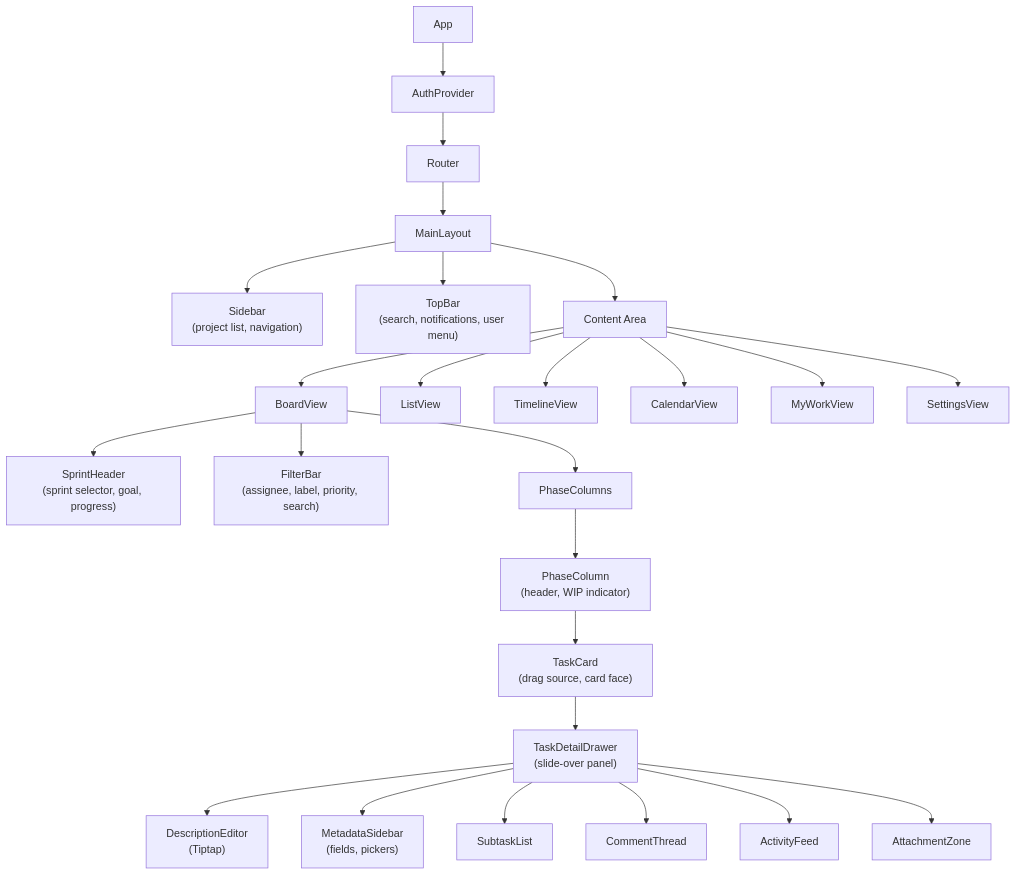
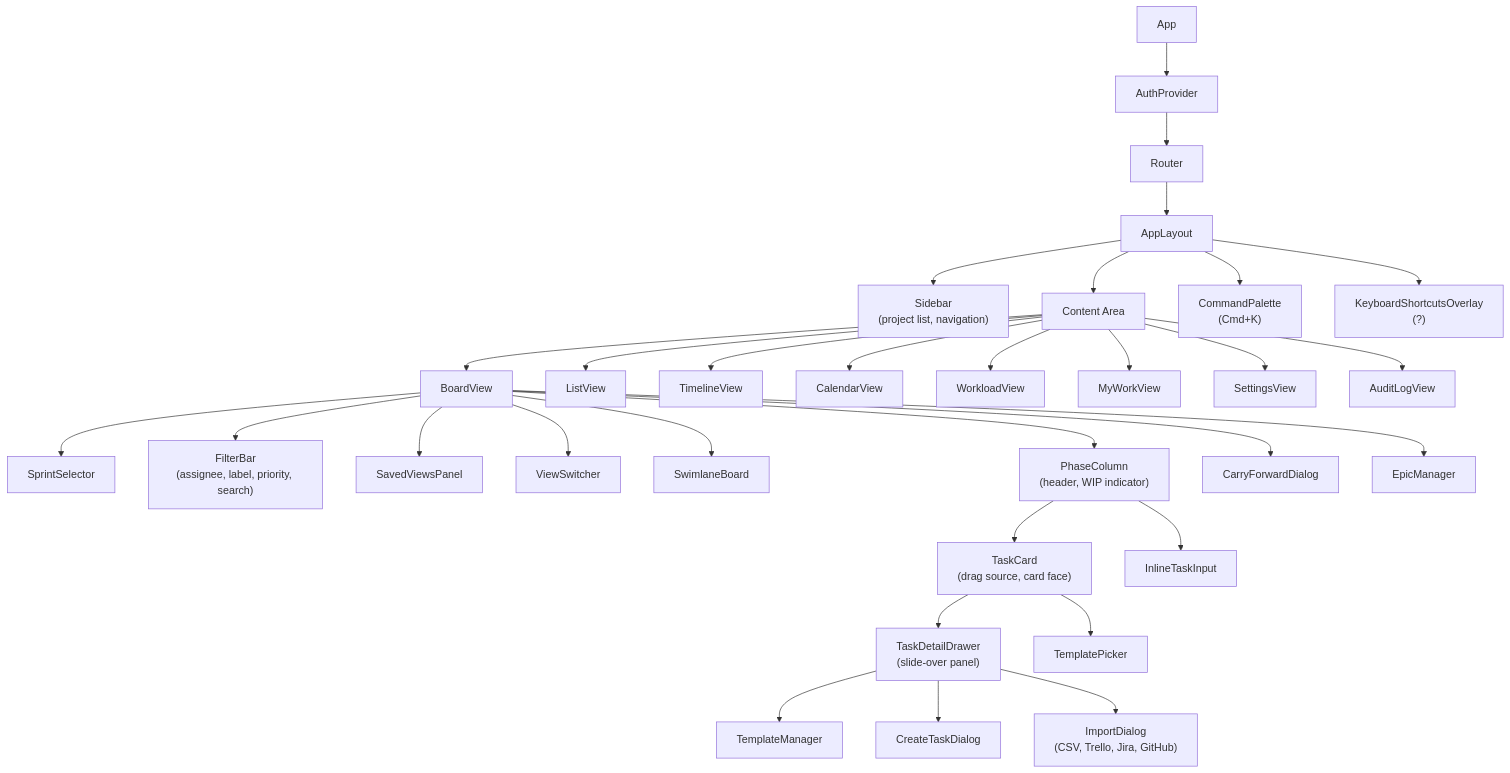
Before and after one commit to leith-bartrich/BigBlueBam: the seventh of 9 diagrams in docs/architecture.md, drawn with Mermaid. The commit also changed other lines of this file and 23 other files, not shown here.

````diff
--- a/docs/architecture.md
+++ b/docs/architecture.md
@@ -359,32 +359,39 @@
 ```mermaid
 graph TD
     App["App"]
     App --> AuthProvider["AuthProvider"]
     AuthProvider --> Router["Router"]
-    Router --> MainLayout["MainLayout"]
+    Router --> MainLayout["AppLayout"]
 
     MainLayout --> Sidebar["Sidebar<br/>(project list, navigation)"]
-    MainLayout --> TopBar["TopBar<br/>(search, notifications, user menu)"]
     MainLayout --> ContentArea["Content Area"]
+    MainLayout --> CommandPalette["CommandPalette<br/>(Cmd+K)"]
+    MainLayout --> KbdOverlay["KeyboardShortcutsOverlay<br/>(?)"]
 
     ContentArea --> BoardView["BoardView"]
     ContentArea --> ListView["ListView"]
     ContentArea --> TimelineView["TimelineView"]
     ContentArea --> CalendarView["CalendarView"]
+    ContentArea --> WorkloadView["WorkloadView"]
     ContentArea --> MyWorkView["MyWorkView"]
     ContentArea --> SettingsView["SettingsView"]
+    ContentArea --> AuditLogView["AuditLogView"]
 
-    BoardView --> SprintHeader["SprintHeader<br/>(sprint selector, goal, progress)"]
+    BoardView --> SprintSelector["SprintSelector"]
     BoardView --> FilterBar["FilterBar<br/>(assignee, label, priority, search)"]
-    BoardView --> PhaseColumns["PhaseColumns"]
-    PhaseColumns --> PhaseColumn["PhaseColumn<br/>(header, WIP indicator)"]
+    BoardView --> SavedViewsPanel["SavedViewsPanel"]
+    BoardView --> ViewSwitcher["ViewSwitcher"]
+    BoardView --> SwimlaneBoard["SwimlaneBoard"]
+    BoardView --> PhaseColumn["PhaseColumn<br/>(header, WIP indicator)"]
     PhaseColumn --> TaskCard["TaskCard<br/>(drag source, card face)"]
+    PhaseColumn --> InlineTaskInput["InlineTaskInput"]
 
     TaskCard --> TaskDetailDrawer["TaskDetailDrawer<br/>(slide-over panel)"]
-    TaskDetailDrawer --> DescriptionEditor["DescriptionEditor<br/>(Tiptap)"]
-    TaskDetailDrawer --> MetadataSidebar["MetadataSidebar<br/>(fields, pickers)"]
-    TaskDetailDrawer --> SubtaskList["SubtaskList"]
-    TaskDetailDrawer --> CommentThread["CommentThread"]
-    TaskDetailDrawer --> ActivityFeed["ActivityFeed"]
-    TaskDetailDrawer --> AttachmentZone["AttachmentZone"]
+    TaskCard --> TemplatePicker["TemplatePicker"]
+    TaskDetailDrawer --> TemplateManager["TemplateManager"]
+    TaskDetailDrawer --> CreateTaskDialog["CreateTaskDialog"]
+    TaskDetailDrawer --> ImportDialog["ImportDialog<br/>(CSV, Trello, Jira, GitHub)"]
+
+    BoardView --> CarryForwardDialog["CarryForwardDialog"]
+    BoardView --> EpicManager["EpicManager"]
 ```
````
